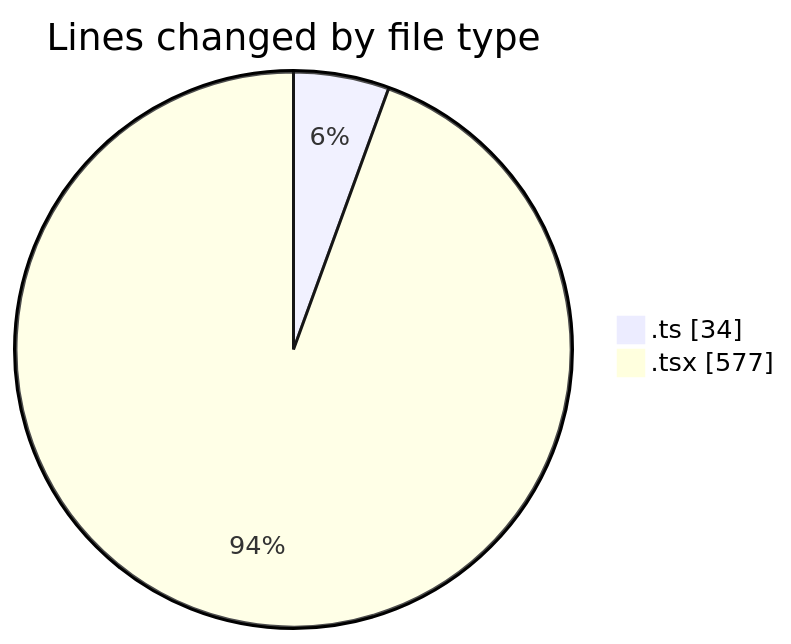
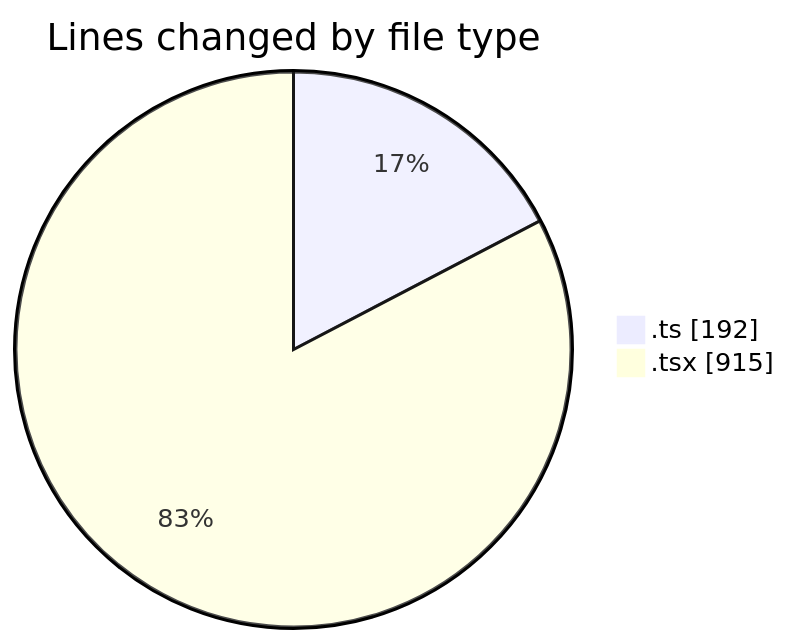
The first of 2 diagrams in 2025-07-04/cda/README.md (momahboobian/code-tracking), drawn with Mermaid before and after one commit. The commit also changed other lines of this file and 1 other file, not shown here.

````diff
--- a/2025-07-04/cda/README.md
+++ b/2025-07-04/cda/README.md
@@ -23,6 +24,6 @@
 ```mermaid
 pie showData
 title Lines changed by file type
-".ts" : 34
-".tsx" : 577
+".ts" : 192
+".tsx" : 915
 ```
````
